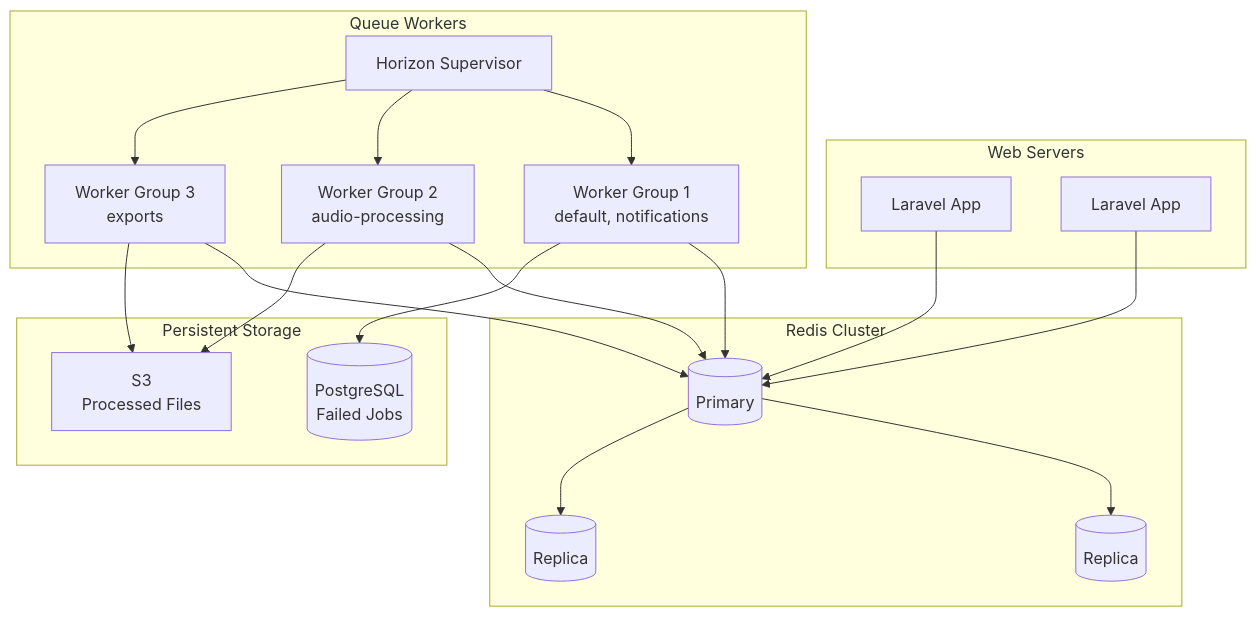
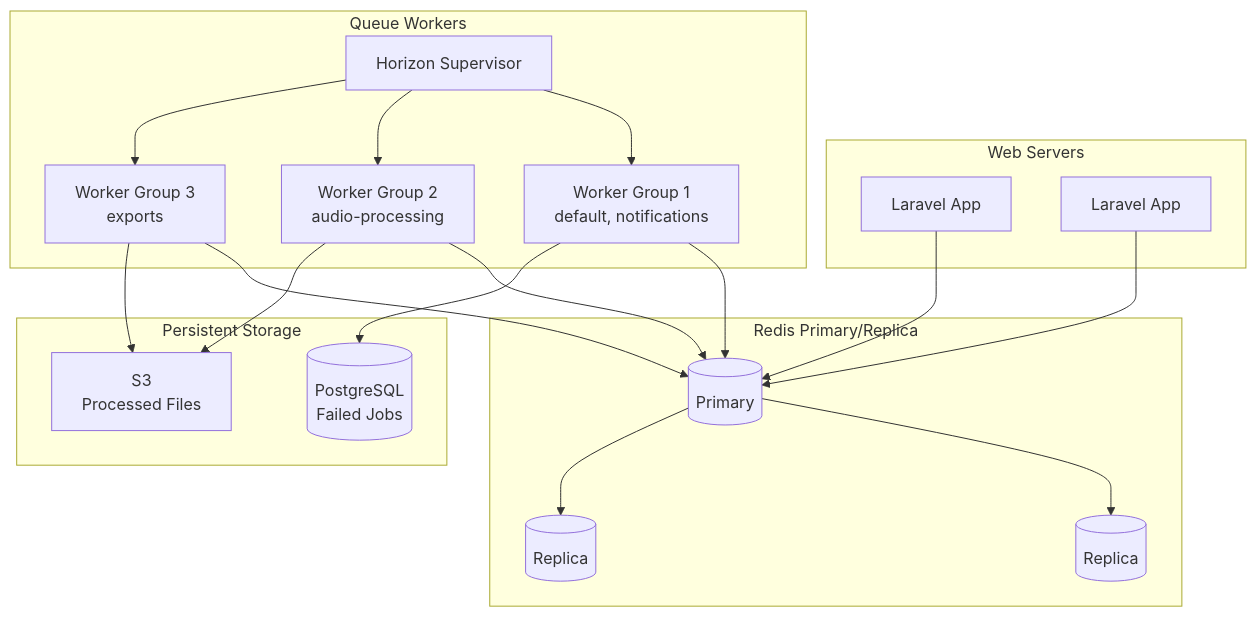
Before and after one commit to OneUptime/blog: the third of 3 diagrams in posts/2026-01-26-laravel-queues-redis/README.md, drawn with Mermaid. The commit also changed other lines of this file and 2 other files, not shown here.

Commit message:
validate: 2026-01-26-laravel-queues-redis

````diff
--- a/posts/2026-01-26-laravel-queues-redis/README.md
+++ b/posts/2026-01-26-laravel-queues-redis/README.md
@@ -801,36 +809,36 @@
 ```mermaid
 flowchart TB
     subgraph Web["Web Servers"]
         W1[Laravel App]
         W2[Laravel App]
     end
 
-    subgraph Redis["Redis Cluster"]
+    subgraph Redis["Redis Primary/Replica"]
         R1[(Primary)]
         R2[(Replica)]
         R3[(Replica)]
     end
 
     subgraph Workers["Queue Workers"]
         H[Horizon Supervisor]
         H --> WG1[Worker Group 1<br/>default, notifications]
         H --> WG2[Worker Group 2<br/>audio-processing]
         H --> WG3[Worker Group 3<br/>exports]
     end
 
     subgraph Storage["Persistent Storage"]
         DB[(PostgreSQL<br/>Failed Jobs)]
         S3[S3<br/>Processed Files]
     end
 
     W1 --> R1
     W2 --> R1
     R1 --> R2
     R1 --> R3
     WG1 --> R1
     WG2 --> R1
     WG3 --> R1
     WG1 --> DB
     WG2 --> S3
     WG3 --> S3
 ```
````
